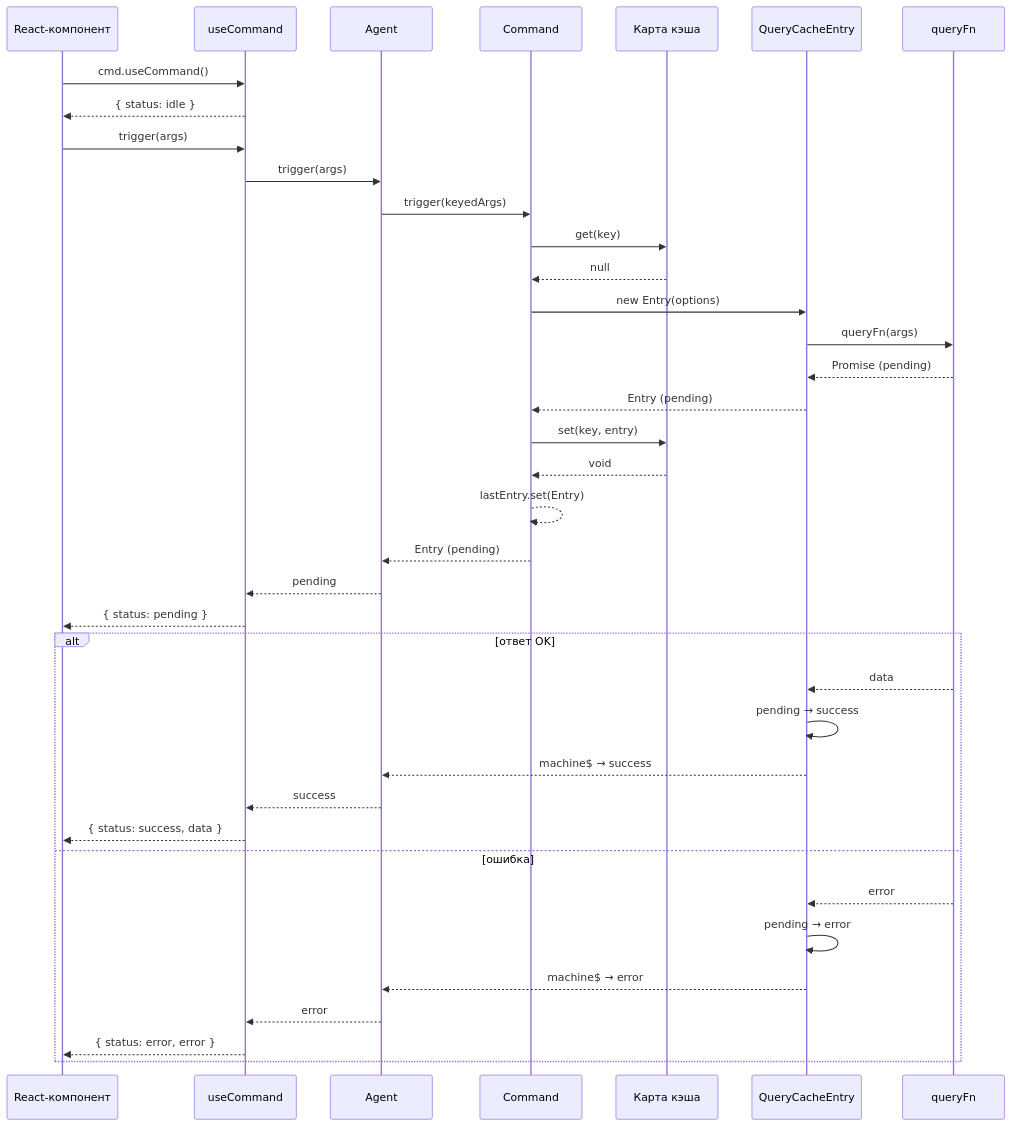
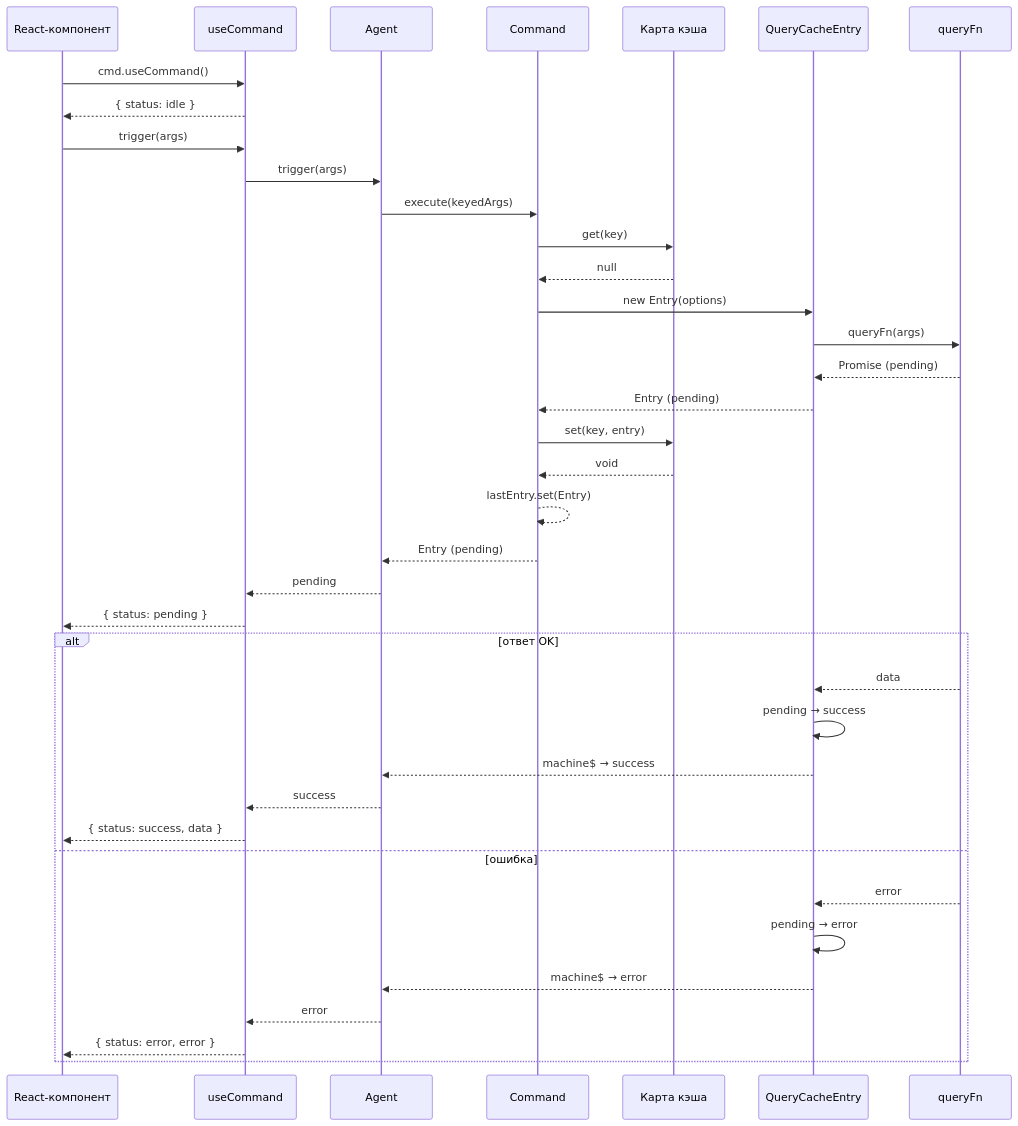
One commit to fozy-labs/rx-toolkit changed the seventh of 10 diagrams in docs/query/concepts/dataflows.md. Above: the diagram before and after it, drawn with Mermaid. The commit also changed other lines of this file and 35 other files, not shown here.

````diff
--- a/docs/query/concepts/dataflows.md
+++ b/docs/query/concepts/dataflows.md
@@ -257,44 +256,44 @@
 ```mermaid
 sequenceDiagram
     participant UI as React-компонент
     participant Hook as useCommand
     participant Agent as Agent
     participant Cmd as Command
     participant Cache as Карта кэша
     participant Entry as QueryCacheEntry
     participant Query as queryFn
 
     UI->>Hook: cmd.useCommand()
     
     Hook-->>UI: { status: idle }
 
     UI->>Hook: trigger(args)
     Hook->>Agent: trigger(args)
-    Agent->>Cmd: trigger(keyedArgs)
+    Agent->>Cmd: execute(keyedArgs)
     Cmd->>Cache: get(key)
     Cache-->>Cmd: null
     Cmd->>Entry: new Entry(options)
     Entry->>Query: queryFn(args)
     Query-->>Entry: Promise (pending)
     Entry-->>Cmd: Entry (pending)
     Cmd->>Cache: set(key, entry)
     Cache-->>Cmd: void
     Cmd-->>Cmd: lastEntry.set(Entry)
     Cmd-->>Agent: Entry (pending)
     Agent-->>Hook: pending
     Hook-->>UI: { status: pending }
 
     alt ответ OK
         Query-->>Entry: data
         Entry->>Entry: pending → success
         Entry-->>Agent: machine$ → success
         Agent-->>Hook: success
         Hook-->>UI: { status: success, data }
     else ошибка
         Query-->>Entry: error
         Entry->>Entry: pending → error
         Entry-->>Agent: machine$ → error
         Agent-->>Hook: error
         Hook-->>UI: { status: error, error }
     end
 ```
````
